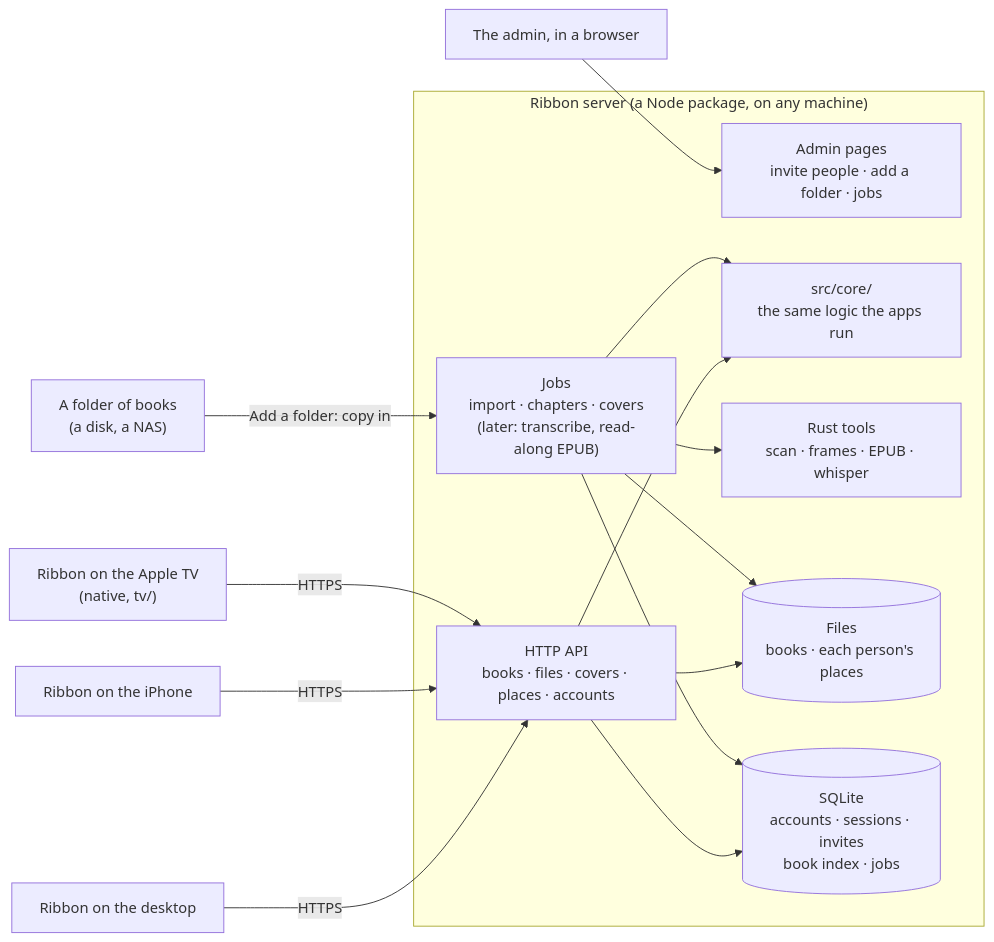
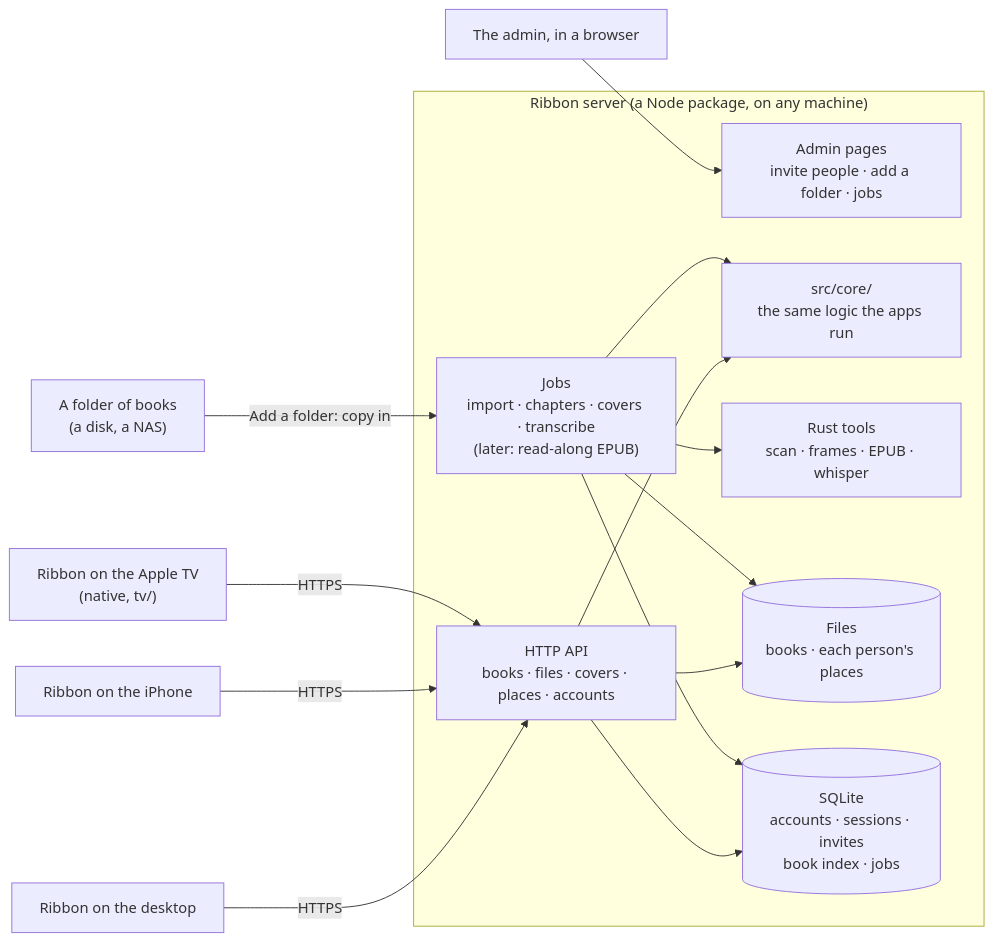
The diagram in docs/SERVER.md (KhalidAdan/ribbon), drawn with Mermaid before and after one commit. The commit also changed other lines of this file and 29 other files, not shown here.

````diff
--- a/docs/SERVER.md
+++ b/docs/SERVER.md
@@ -56,19 +56,19 @@
 ```mermaid
 flowchart LR
   subgraph Server["Ribbon server (a Node package, on any machine)"]
     API["HTTP API<br/>books · files · covers · places · accounts"]
     Admin["Admin pages<br/>invite people · add a folder · jobs"]
-    Jobs["Jobs<br/>import · chapters · covers<br/>(later: transcribe, read-along EPUB)"]
+    Jobs["Jobs<br/>import · chapters · covers · transcribe<br/>(later: read-along EPUB)"]
     Core["src/core/<br/>the same logic the apps run"]
     Tools["Rust tools<br/>scan · frames · EPUB · whisper"]
     Files[("Files<br/>books · each person's places")]
     DB[("SQLite<br/>accounts · sessions · invites<br/>book index · jobs")]
   end
   Desktop["Ribbon on the desktop"] -- HTTPS --> API
   Phone["Ribbon on the iPhone"] -- HTTPS --> API
   TV["Ribbon on the Apple TV<br/>(native, tv/)"] -- HTTPS --> API
   Browser["The admin, in a browser"] --> Admin
   API --> Core & Files & DB
   Jobs --> Core & Tools & Files & DB
   Folder["A folder of books<br/>(a disk, a NAS)"] -- "Add a folder: copy in" --> Jobs
 ```
````
